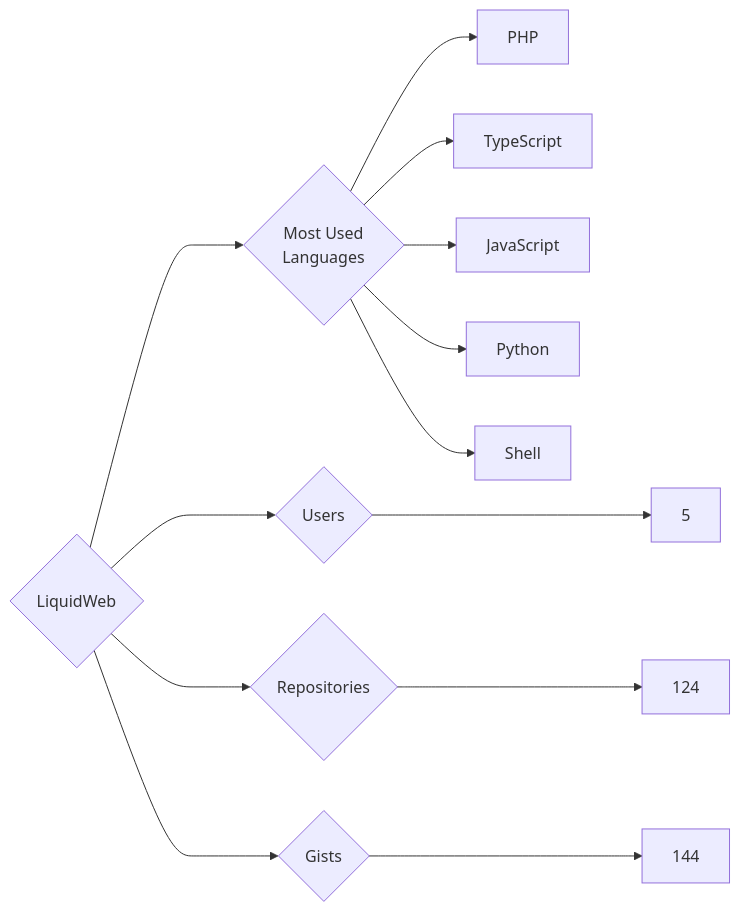
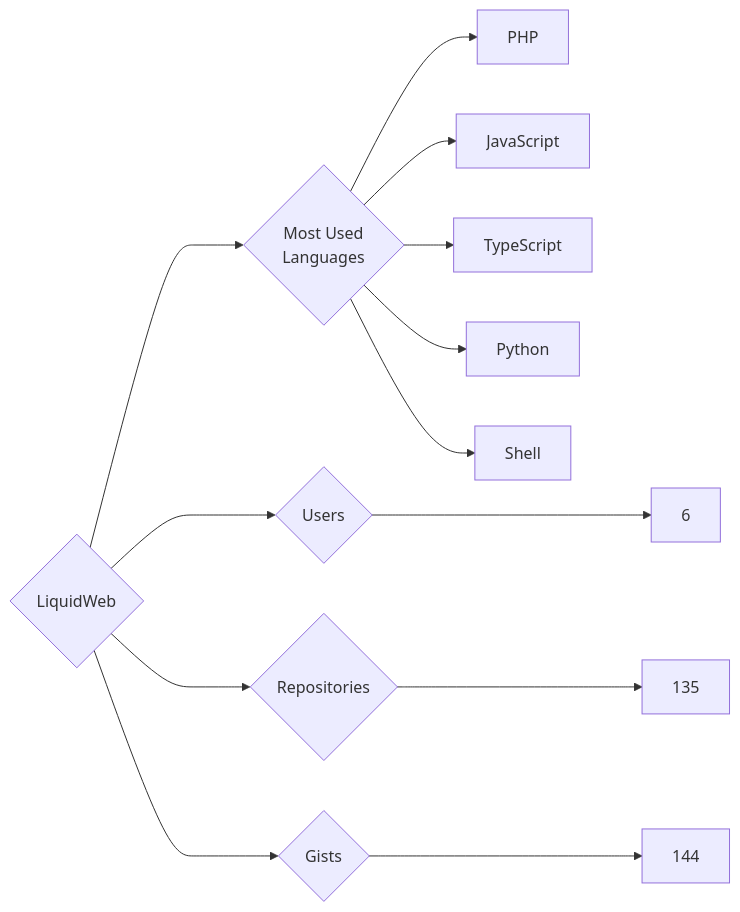
Before and after one commit to trickest/insiders: the diagram in targets/LiquidWeb/README.md, drawn with Mermaid. The commit also changed 1389 other files, not shown here.

````diff
--- a/targets/LiquidWeb/README.md
+++ b/targets/LiquidWeb/README.md
@@ -3,13 +3,13 @@
 ```mermaid
 graph LR
 COMPANY_NAME{LiquidWeb}
-COMPANY_NAME ---> U{Users} ---> UN[5]
-COMPANY_NAME ---> R{Repositories} ---> RN[124]
+COMPANY_NAME ---> U{Users} ---> UN[6]
+COMPANY_NAME ---> R{Repositories} ---> RN[135]
 COMPANY_NAME ---> G{Gists} ---> GN[144]
 COMPANY_NAME ---> ML{Most Used<br>Languages}
 ML --> PHP[PHP]
+ML --> JavaScript[JavaScript]
 ML --> TypeScript[TypeScript]
-ML --> JavaScript[JavaScript]
 ML --> Python[Python]
 ML --> Shell[Shell]
 ```
````
